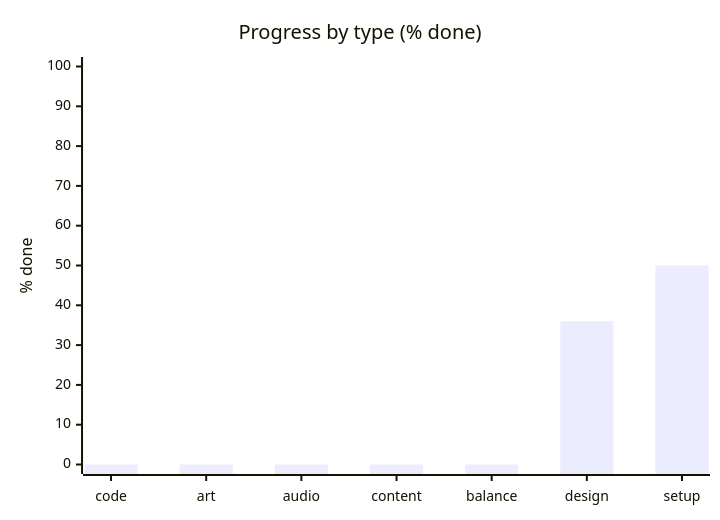
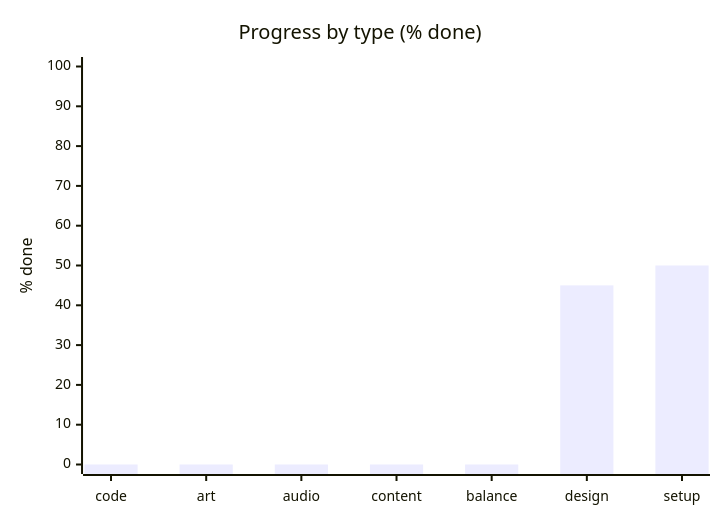
Before and after one commit to artemiiShabanov/RallyRivals: the second of 3 diagrams in STATUS.md, drawn with Mermaid. The commit also changed other lines of this file and 2 other files, not shown here.

````diff
--- a/STATUS.md
+++ b/STATUS.md
@@ -17,7 +17,7 @@
 ```mermaid
 xychart-beta
     title "Progress by type (% done)"
     x-axis ["code", "art", "audio", "content", "balance", "design", "setup"]
     y-axis "% done" 0 --> 100
-    bar [0, 0, 0, 0, 0, 36, 50]
+    bar [0, 0, 0, 0, 0, 45, 50]
 ```
````
